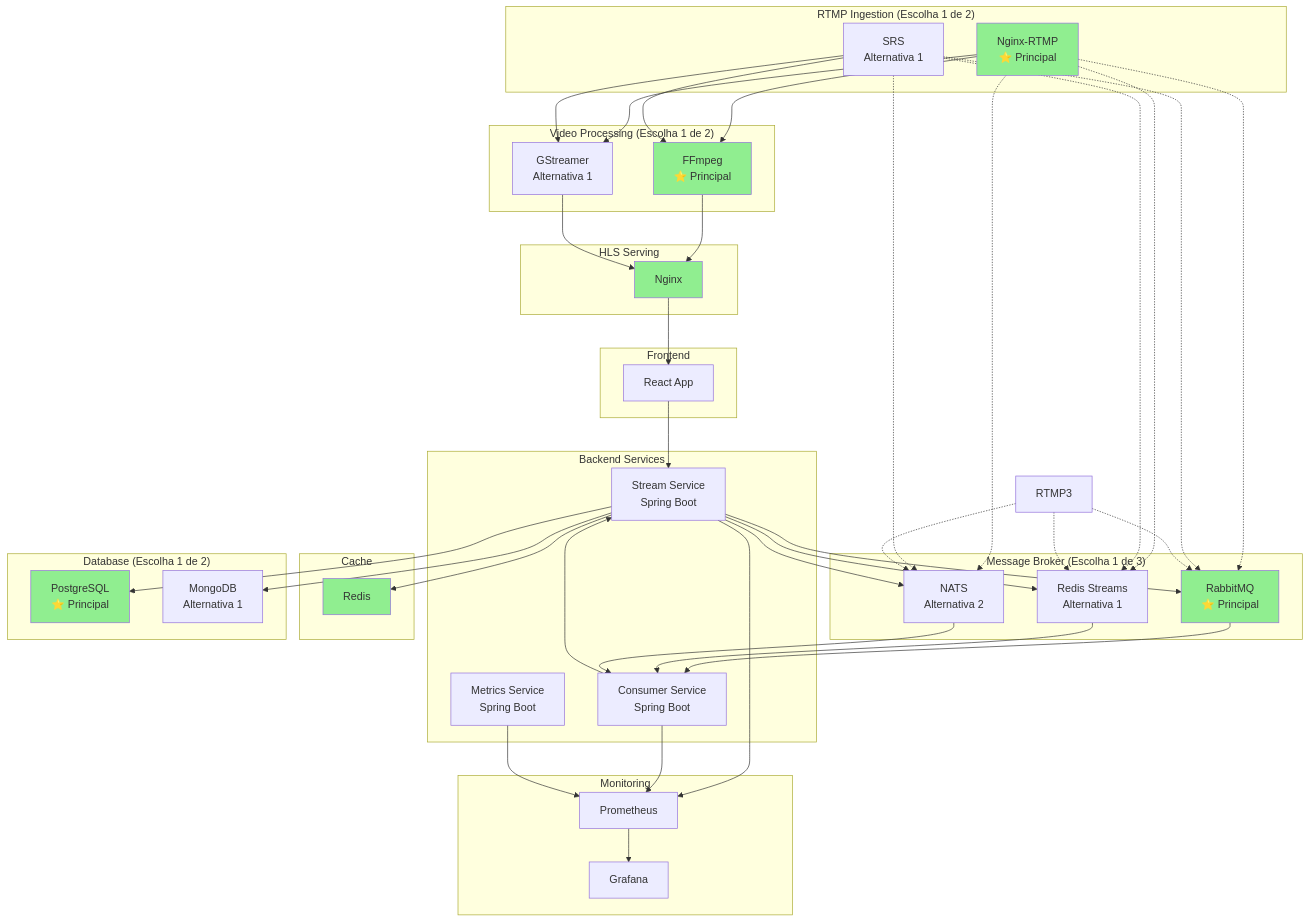
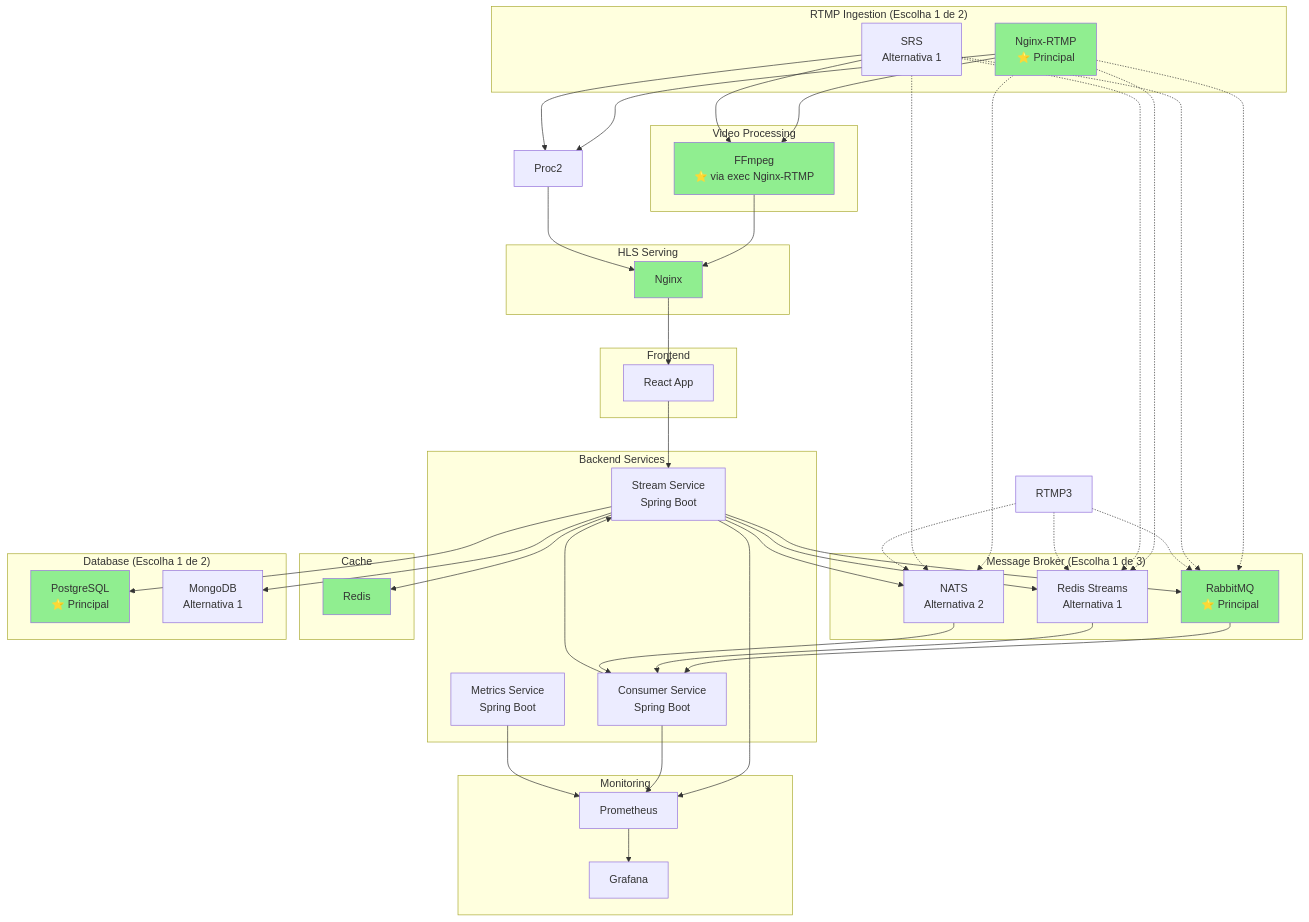
The diagram in docs/diagrams/02-arquitetura-alternativas.mermaid (valter-junnior/tcc-streaming-platform), drawn with Mermaid before and after one commit. The commit also changed 14 other files, not shown here.

Commit message:
feat: substituir GStreamer por FFmpeg para transcodificação multi-qualidade e atualizar documentação

```diff
--- a/docs/diagrams/02-arquitetura-alternativas.mermaid
+++ b/docs/diagrams/02-arquitetura-alternativas.mermaid
@@ -1,68 +1,67 @@
 flowchart TB
     subgraph Frontend
         React[React App<br/>]
     end
     
     subgraph "Backend Services"
         StreamAPI[Stream Service<br/>Spring Boot]
         Consumer[Consumer Service<br/>Spring Boot]
         Metrics[Metrics Service<br/>Spring Boot]
     end
     
     subgraph "RTMP Ingestion (Escolha 1 de 2)"
         RTMP1[Nginx-RTMP<br/>⭐ Principal]
         RTMP2[SRS<br/>Alternativa 1]
     end
     
-    subgraph "Video Processing (Escolha 1 de 2)"
-        Proc1[FFmpeg<br/>⭐ Principal]
-        Proc2[GStreamer<br/>Alternativa 1]
+    subgraph "Video Processing"
+        Proc1[FFmpeg<br/>⭐ via exec Nginx-RTMP]
     end
     
     subgraph "HLS Serving"
         HLS1[Nginx<br/>]
     end
     
     subgraph "Message Broker (Escolha 1 de 3)"
         MB2[RabbitMQ<br/>⭐ Principal]
         MB3[Redis Streams<br/>Alternativa 1]
         MB4[NATS<br/>Alternativa 2]
     end
     
     subgraph "Cache"
         Cache1[Redis<br/>]
     end
     
     subgraph "Database (Escolha 1 de 2)"
         DB1[PostgreSQL<br/> ⭐ Principal]
         DB3[MongoDB<br/>Alternativa 1]
     end
     
     subgraph "Monitoring"
         Prom[Prometheus]
         Graf[Grafana]
     end
     
     %% Connections
     React --> StreamAPI
     StreamAPI --> Cache1
     StreamAPI --> DB1 & DB3
     StreamAPI --> MB2 & MB3 & MB4
     
     RTMP1 & RTMP2 --> Proc1 & Proc2
     Proc1 & Proc2 --> HLS1
     HLS1 --> React
     
     RTMP1 & RTMP2 & RTMP3 -.-> MB2 & MB3 & MB4
     MB2 & MB3 & MB4 --> Consumer
     Consumer --> StreamAPI
     
     StreamAPI & Consumer & Metrics --> Prom
     Prom --> Graf
     
     style RTMP1 fill:#90EE90
     style Proc1 fill:#90EE90
     style HLS1 fill:#90EE90
     style MB2 fill:#90EE90
     style Cache1 fill:#90EE90
     style DB1 fill:#90EE90
```
